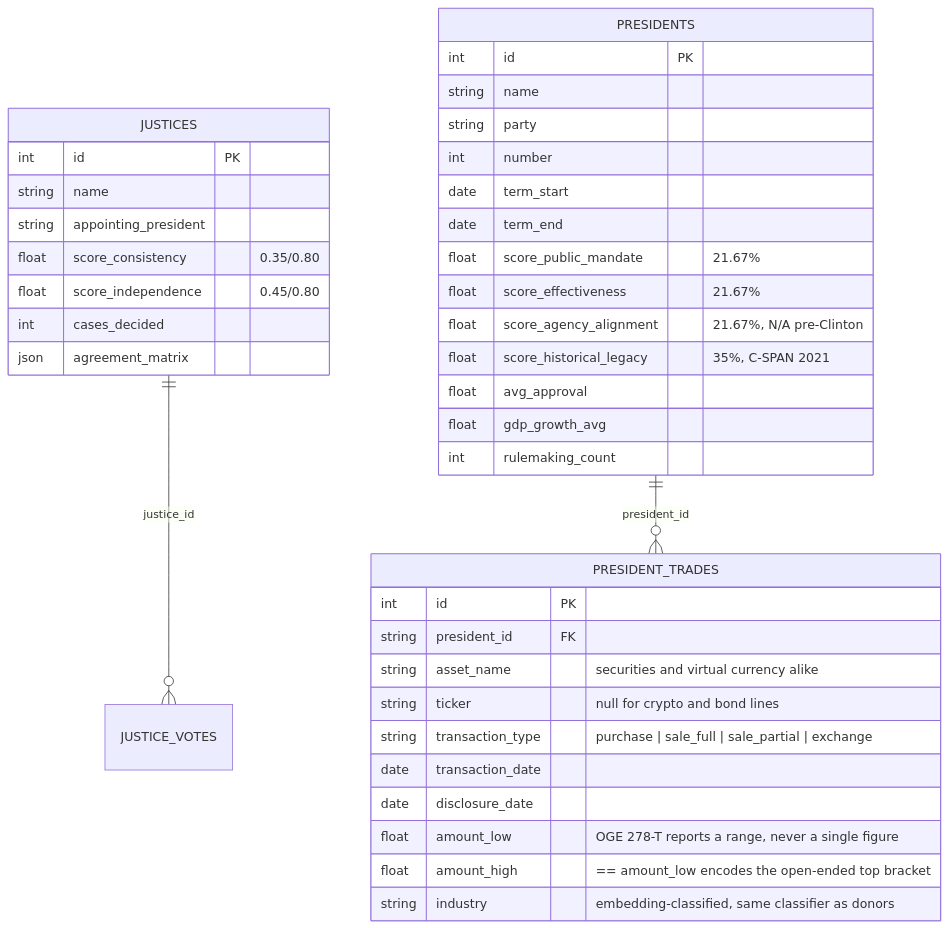
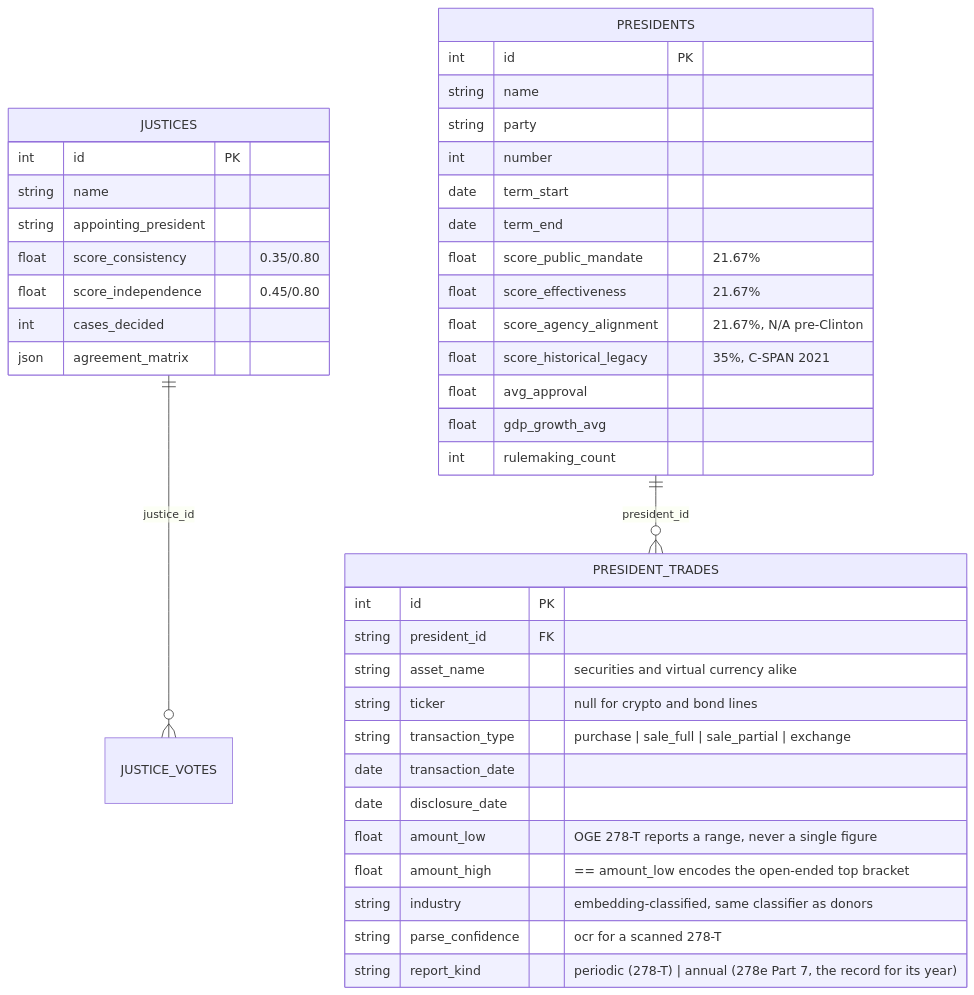
The second of 6 diagrams in docs/diagrams/07-data-model.md (kamoras/civitas), drawn with Mermaid before and after one commit. The commit also changed 21 other files, not shown here.

First line of the commit message:
The president's trades: the annual report's record, and scans read as a table

````diff
--- a/docs/diagrams/07-data-model.md
+++ b/docs/diagrams/07-data-model.md
@@ -80,44 +80,46 @@
 ```mermaid
 erDiagram
     JUSTICES ||--o{ JUSTICE_VOTES : "justice_id"
     PRESIDENTS ||--o{ PRESIDENT_TRADES : "president_id"
 
     PRESIDENTS {
         int id PK
         string name
         string party
         int number
         date term_start
         date term_end
         float score_public_mandate "21.67%"
         float score_effectiveness "21.67%"
         float score_agency_alignment "21.67%, N/A pre-Clinton"
         float score_historical_legacy "35%, C-SPAN 2021"
         float avg_approval
         float gdp_growth_avg
         int rulemaking_count
     }
 
     PRESIDENT_TRADES {
         int id PK
         string president_id FK
         string asset_name "securities and virtual currency alike"
         string ticker "null for crypto and bond lines"
         string transaction_type "purchase | sale_full | sale_partial | exchange"
         date transaction_date
         date disclosure_date
         float amount_low "OGE 278-T reports a range, never a single figure"
         float amount_high "== amount_low encodes the open-ended top bracket"
         string industry "embedding-classified, same classifier as donors"
+        string parse_confidence "ocr for a scanned 278-T"
+        string report_kind "periodic (278-T) | annual (278e Part 7, the record for its year)"
     }
 
     JUSTICES {
         int id PK
         string name
         string appointing_president
         float score_consistency "0.35/0.80"
         float score_independence "0.45/0.80"
         int cases_decided
         json agreement_matrix
     }
 ```
````
